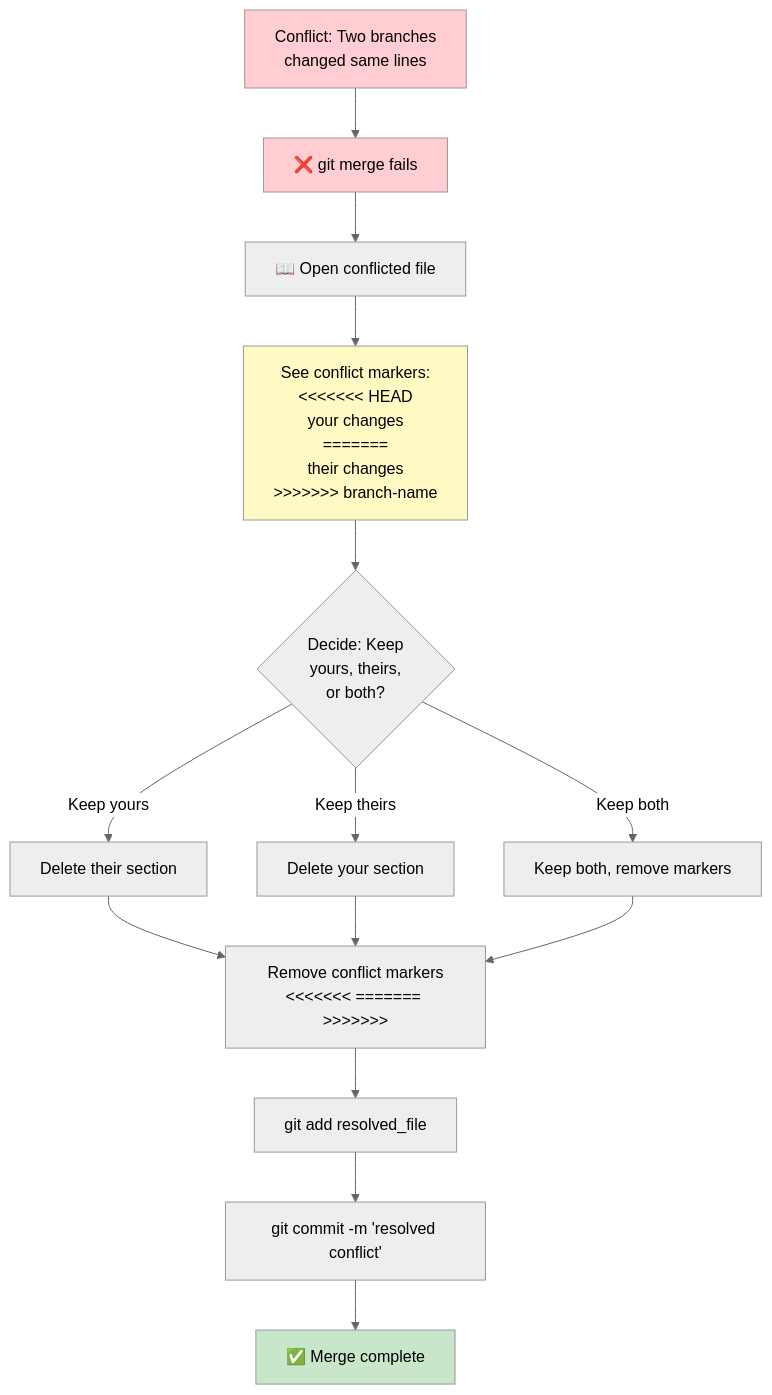
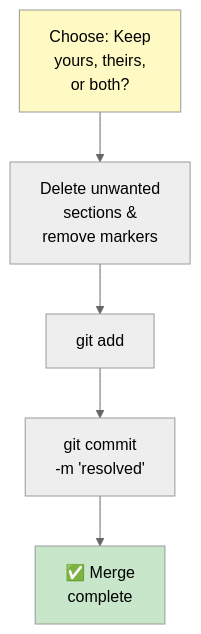
One commit to DQBM-CCCZ/intro_git_github changed the sixth of 8 diagrams in slides/slide_module_4.qmd. Above: the diagram before and after it, drawn with Mermaid (neutral theme). The commit also changed other lines of this file and 2 other files, not shown here.

Commit message:
split workflow diagrams into 6 readable slides (2 each for PR, Issues, conflicts)

````diff
--- a/slides/slide_module_4.qmd
+++ b/slides/slide_module_4.qmd
@@ -219,21 +259,10 @@
 ```{mermaid}
 graph TD
-    A["Conflict: Two branches<br/>changed same lines"] --> B["❌ git merge fails"]
-    B --> C["📖 Open conflicted file"]
-    C --> D["See conflict markers:<br/><<<<<<< HEAD<br/>your changes<br/>=======<br/>their changes<br/>>>>>>>> branch-name"]
-    D --> E{"Decide: Keep<br/>yours, theirs,<br/>or both?"}
-    E -->|Keep yours| F["Delete their section"]
-    E -->|Keep theirs| G["Delete your section"]
-    E -->|Keep both| H["Keep both, remove markers"]
-    F --> I["Remove conflict markers<br/><<<<<<< ======= >>>>>>>"]
-    G --> I
-    H --> I
-    I --> J["git add resolved_file"]
-    J --> K["git commit -m 'resolved conflict'"]
-    K --> L["✅ Merge complete"]
+    A["Choose: Keep<br/>yours, theirs,<br/>or both?"] --> B["Delete unwanted<br/>sections &<br/>remove markers"]
+    B --> C["git add"]
+    C --> D["git commit<br/>-m 'resolved'"]
+    D --> E["✅ Merge<br/>complete"]
     
-    style A fill:#ffcdd2
-    style B fill:#ffcdd2
-    style D fill:#fff9c4
-    style L fill:#c8e6c9
+    style A fill:#fff9c4
+    style E fill:#c8e6c9
 ```
````
